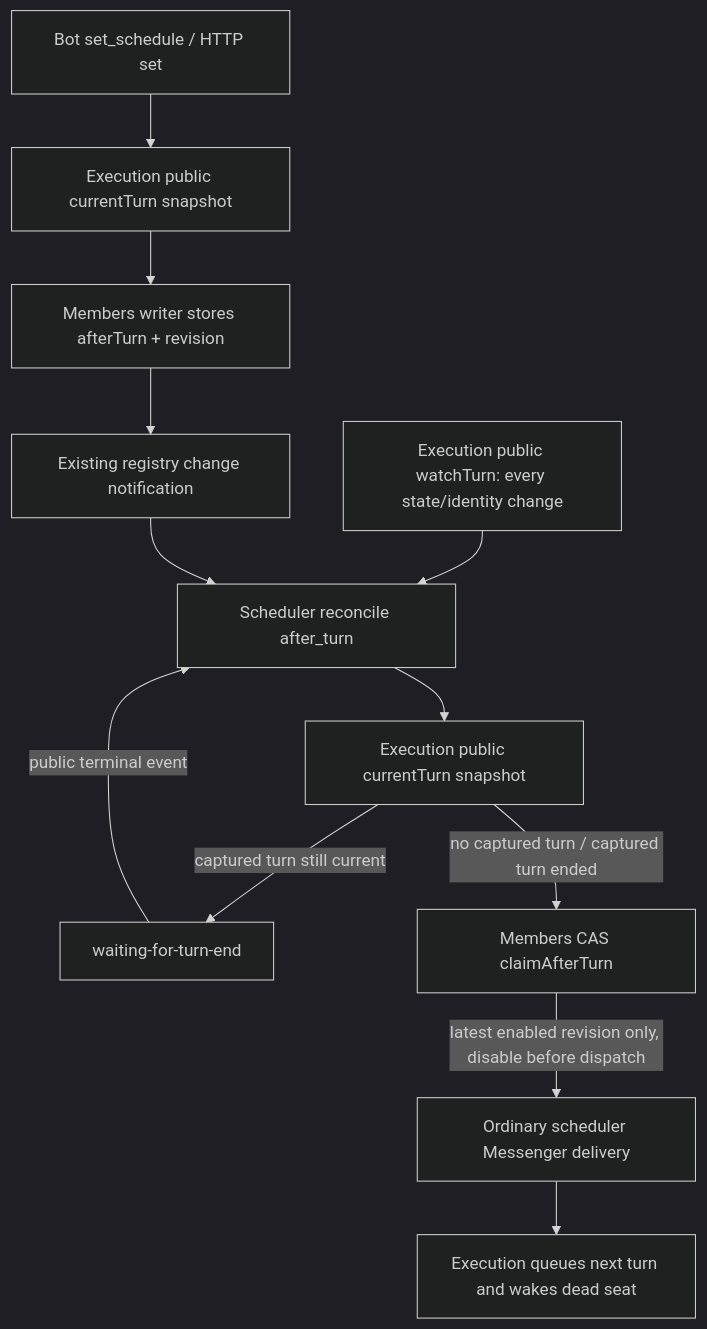
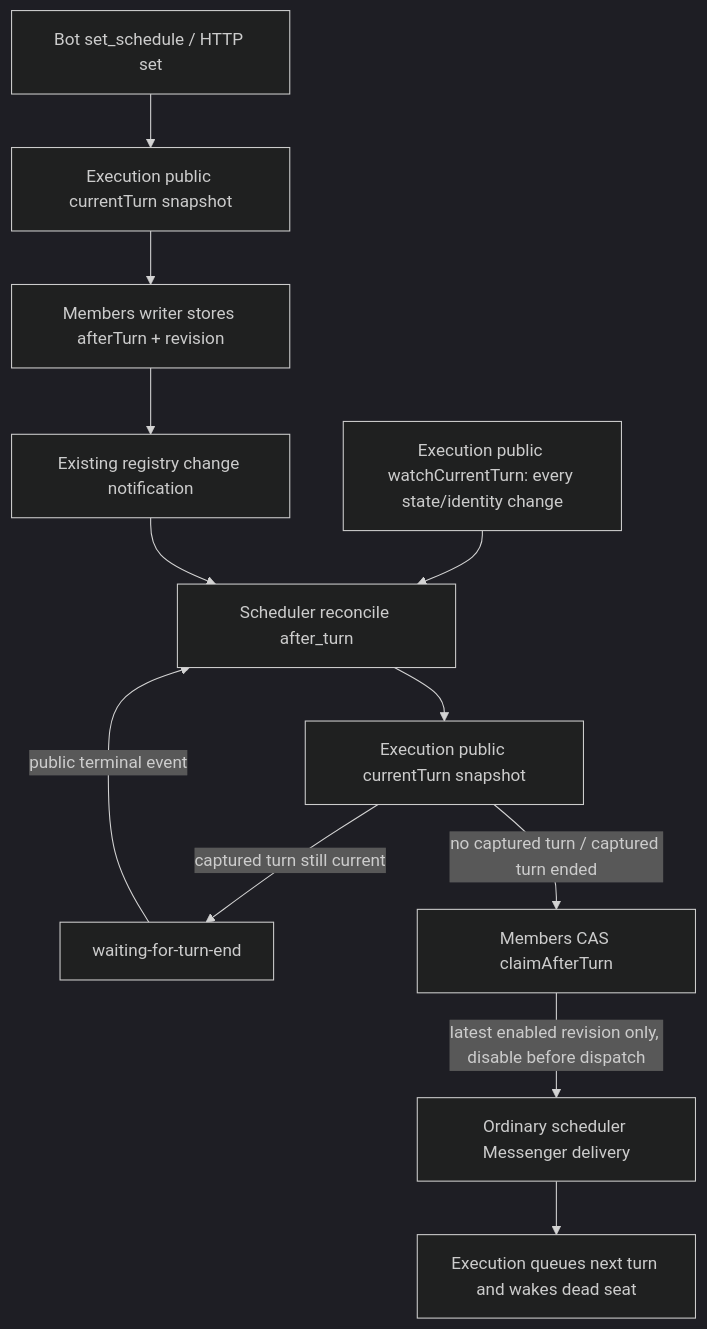
Before and after one commit to kitepon/BellTeam: the fifth of 5 diagrams in docs/architecture/modules/members/schedules.md, drawn with Mermaid (dark theme). The commit also changed other lines of this file and 2 other files, not shown here.

Commit message:
fix(schedules): use execution public current-turn subscription

````diff
--- a/docs/architecture/modules/members/schedules.md
+++ b/docs/architecture/modules/members/schedules.md
@@ -152,14 +152,14 @@
 ```mermaid
 flowchart TD
   Set[Bot set_schedule / HTTP set] --> Snapshot[Execution public currentTurn snapshot]
   Snapshot --> Save[Members writer stores afterTurn + revision]
   Save --> Changed[Existing registry change notification]
-  Terminal[Execution public watchTurn: every state/identity change] --> Reconcile[Scheduler reconcile after_turn]
+  Terminal[Execution public watchCurrentTurn: every state/identity change] --> Reconcile[Scheduler reconcile after_turn]
   Changed --> Reconcile
   Reconcile --> Current[Execution public currentTurn snapshot]
   Current -->|captured turn still current| Wait[waiting-for-turn-end]
   Current -->|no captured turn / captured turn ended| Claim[Members CAS claimAfterTurn]
   Wait -->|public terminal event| Reconcile
   Claim -->|latest enabled revision only, disable before dispatch| Deliver[Ordinary scheduler Messenger delivery]
   Deliver --> Next[Execution queues next turn and wakes dead seat]
 ```
````
